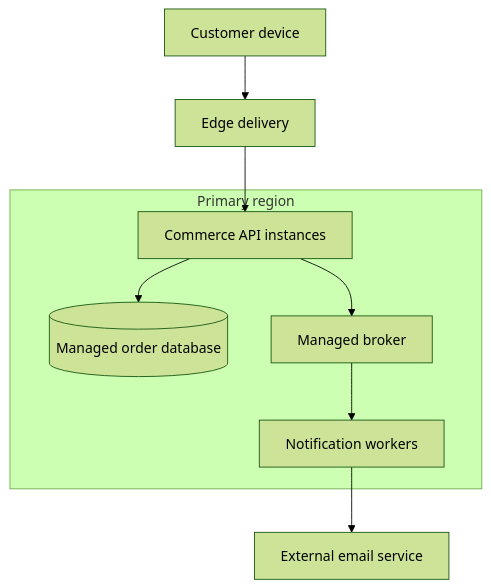
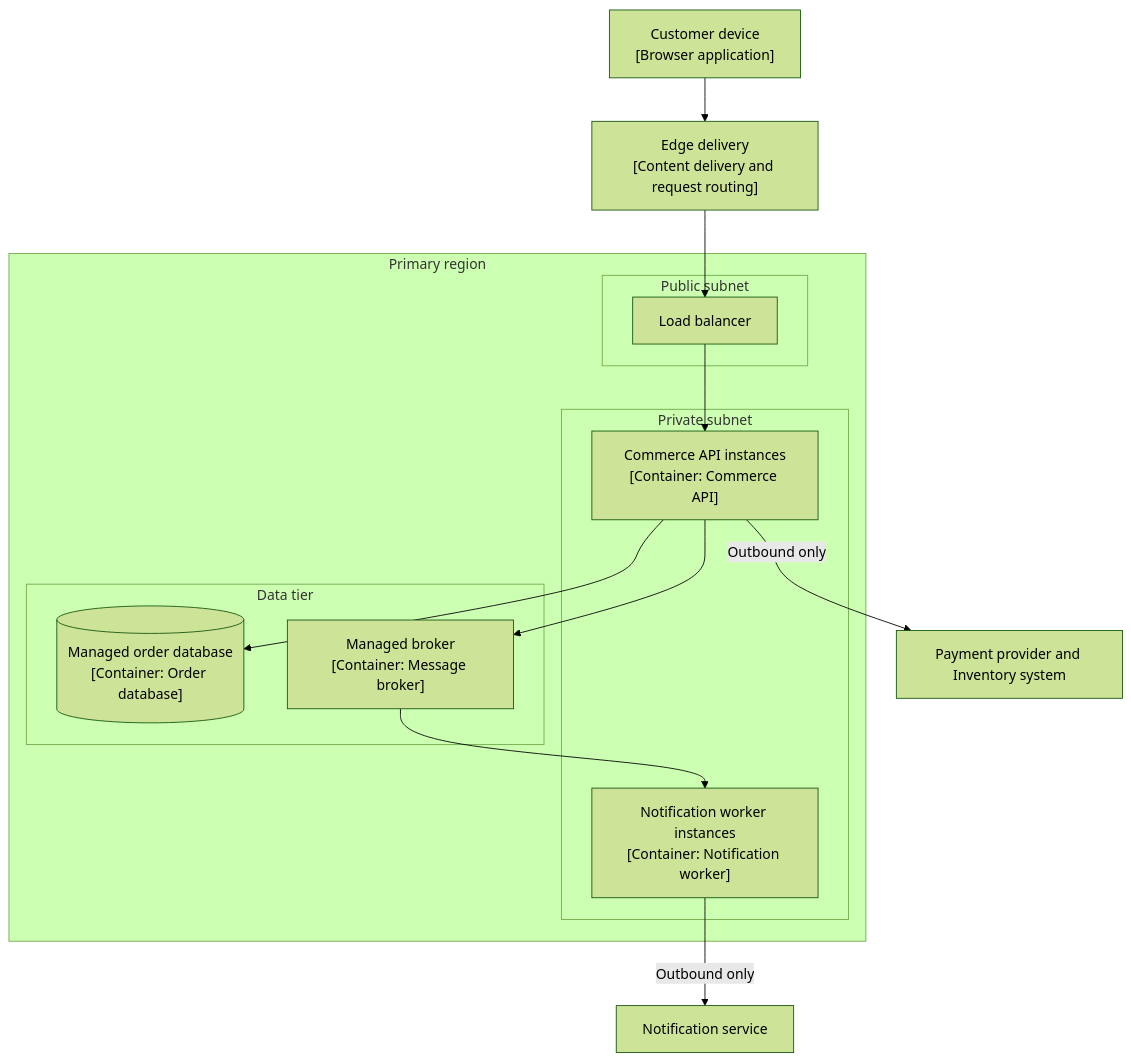
The ninth of 12 diagrams in 21_Architecture_Documentation/CH01_C4_Model.md (joydasss/Architect), drawn with Mermaid (forest theme) before and after one commit. The commit also changed other lines of this file and 22 other files, not shown here.

Commit message:
Architecture changes

````diff
--- a/21_Architecture_Documentation/CH01_C4_Model.md
+++ b/21_Architecture_Documentation/CH01_C4_Model.md
@@ -102,15 +407,24 @@
 ```mermaid
 flowchart TB
-    User[Customer device] --> Edge[Edge delivery]
-    subgraph Region[Primary region]
-        API[Commerce API instances]
-        Worker[Notification workers]
-        DB[(Managed order database)]
-        Broker[Managed broker]
+    Device["Customer device<br/>[Browser application]"] --> Edge["Edge delivery<br/>[Content delivery and request routing]"]
+    subgraph Region["Primary region"]
+        subgraph Public["Public subnet"]
+            LB["Load balancer"]
+        end
+        subgraph Private["Private subnet"]
+            API["Commerce API instances<br/>[Container: Commerce API]"]
+            Worker["Notification worker instances<br/>[Container: Notification worker]"]
+        end
+        subgraph Data["Data tier"]
+            DB[("Managed order database<br/>[Container: Order database]")]
+            Broker["Managed broker<br/>[Container: Message broker]"]
+        end
     end
-    Edge --> API
+    Edge --> LB
+    LB --> API
     API --> DB
     API --> Broker
     Broker --> Worker
-    Worker --> Provider[External email service]
+    API -->|"Outbound only"| Ext["Payment provider and Inventory system"]
+    Worker -->|"Outbound only"| Notify["Notification service"]
 ```
````
